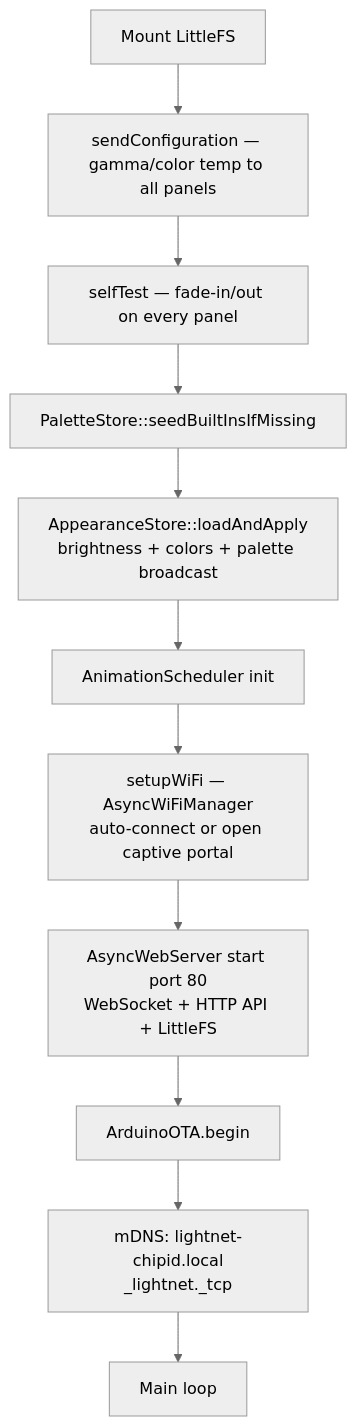
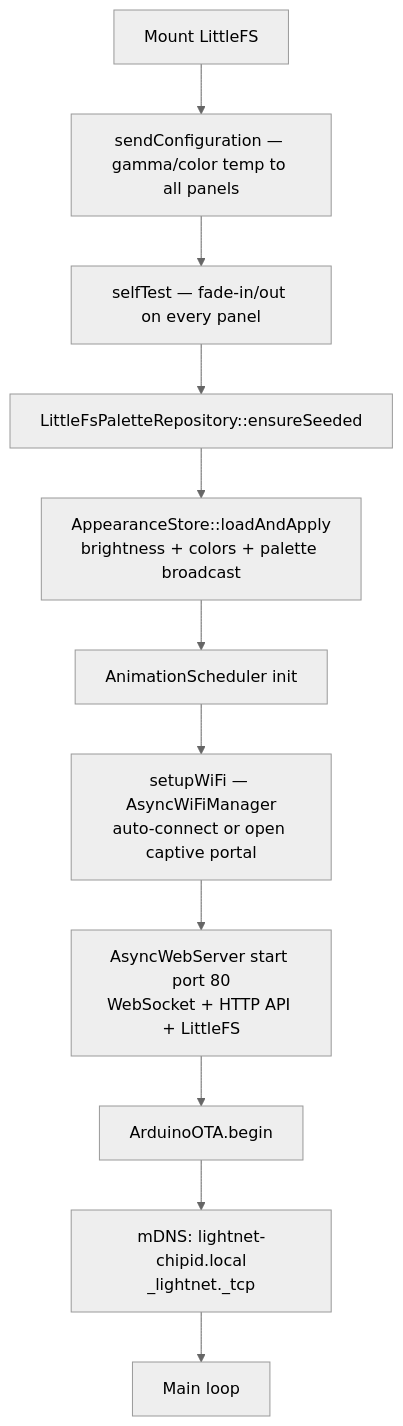
One commit to przemczan/lightnet-firmware changed the fourth of 5 diagrams in docs/architecture.md. Above: the diagram before and after it, drawn with Mermaid (neutral theme). The commit also changed other lines of this file and 62 other files, not shown here.

````diff
--- a/docs/architecture.md
+++ b/docs/architecture.md
@@ -365,13 +365,13 @@
 ```mermaid
 flowchart TD
   A[Mount LittleFS] --> B[sendConfiguration — gamma/color temp to all panels]
   B --> C[selfTest — fade-in/out on every panel]
-  C --> D[PaletteStore::seedBuiltInsIfMissing]
+  C --> D[LittleFsPaletteRepository::ensureSeeded]
   D --> E[AppearanceStore::loadAndApply\nbrightness + colors + palette broadcast]
   E --> F[AnimationScheduler init]
   F --> G[setupWiFi — AsyncWiFiManager\nauto-connect or open captive portal]
   G --> H[AsyncWebServer start port 80\nWebSocket + HTTP API + LittleFS]
   H --> I[ArduinoOTA.begin]
   I --> J[mDNS: lightnet-chipid.local\n_lightnet._tcp]
   J --> K[Main loop]
 ```
````
